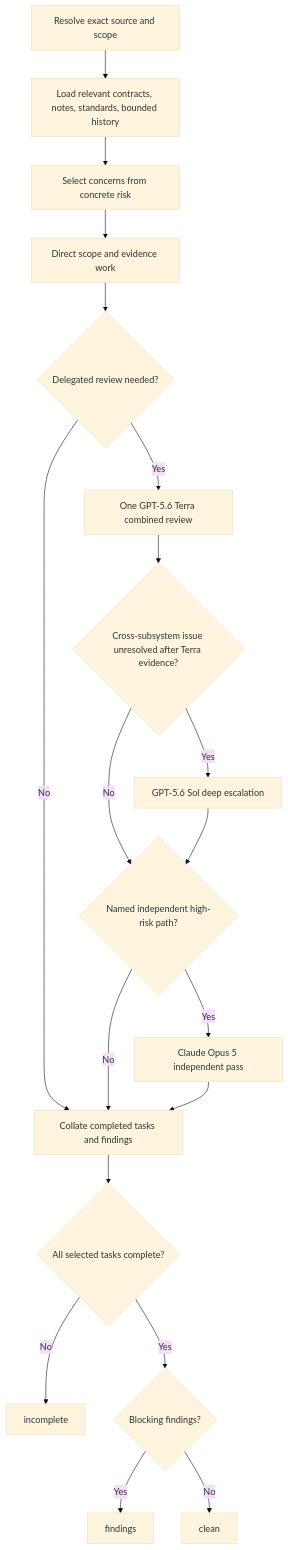
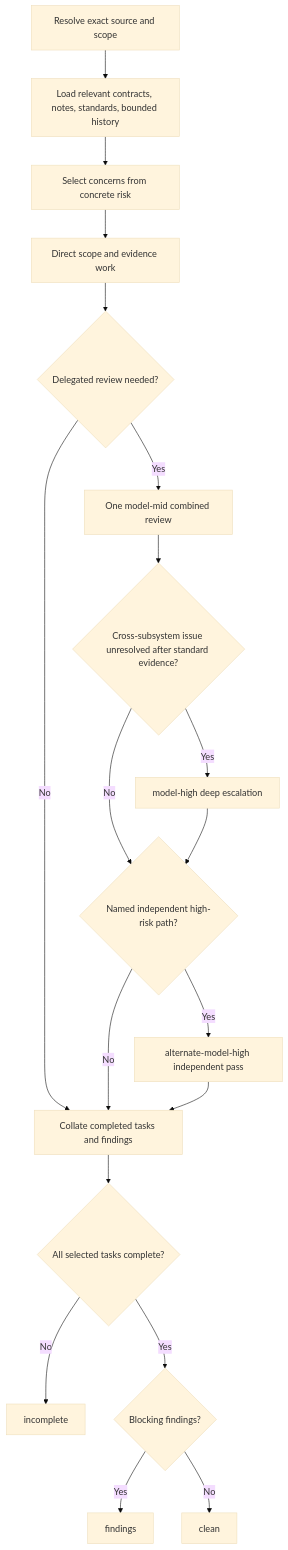
One commit to jIRI-san/skalary changed the first of 2 diagrams in docs/operator-guide/reviews.md. Above: the diagram before and after it, drawn with Mermaid (base theme). The commit also changed other lines of this file and 84 other files, not shown here.

````diff
--- a/docs/operator-guide/reviews.md
+++ b/docs/operator-guide/reviews.md
@@ -17,21 +17,21 @@
 ```mermaid
 flowchart TD
     A[Resolve exact source and scope] --> B[Load relevant contracts, notes, standards, bounded history]
     B --> C[Select concerns from concrete risk]
     C --> D[Direct scope and evidence work]
     D --> E{Delegated review needed?}
-    E -->|Yes| F[One GPT-5.6 Terra combined review]
+    E -->|Yes| F[One model-mid combined review]
     E -->|No| J[Collate completed tasks and findings]
-    F --> G{Cross-subsystem issue unresolved after Terra evidence?}
-    G -->|Yes| H[GPT-5.6 Sol deep escalation]
+    F --> G{Cross-subsystem issue unresolved after standard evidence?}
+    G -->|Yes| H[model-high deep escalation]
     G -->|No| I{Named independent high-risk path?}
     H --> I
-    I -->|Yes| O[Claude Opus 5 independent pass]
+    I -->|Yes| O[alternate-model-high independent pass]
     I -->|No| J
     O --> J
     J --> K{All selected tasks complete?}
     K -->|No| L[incomplete]
     K -->|Yes| M{Blocking findings?}
     M -->|Yes| N[findings]
     M -->|No| P[clean]
 ```
````
